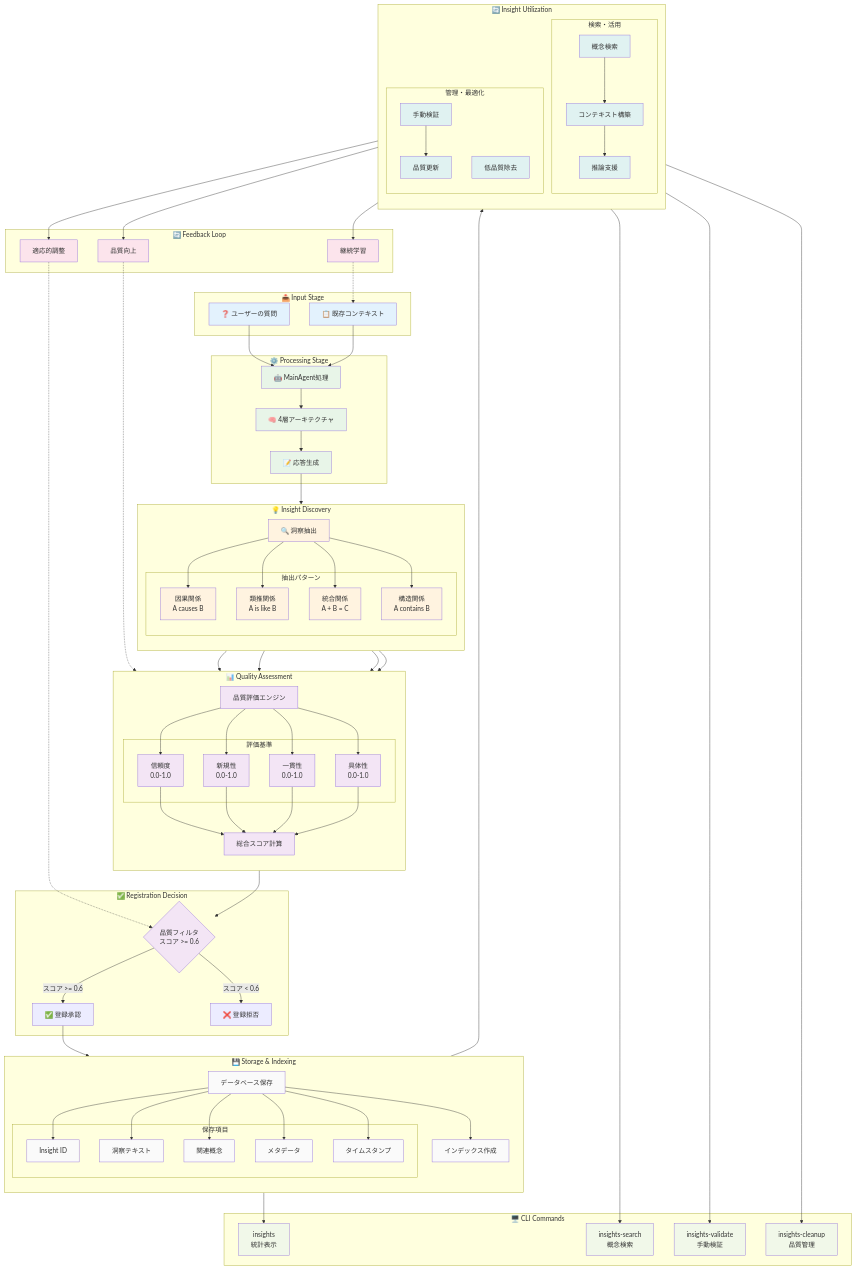
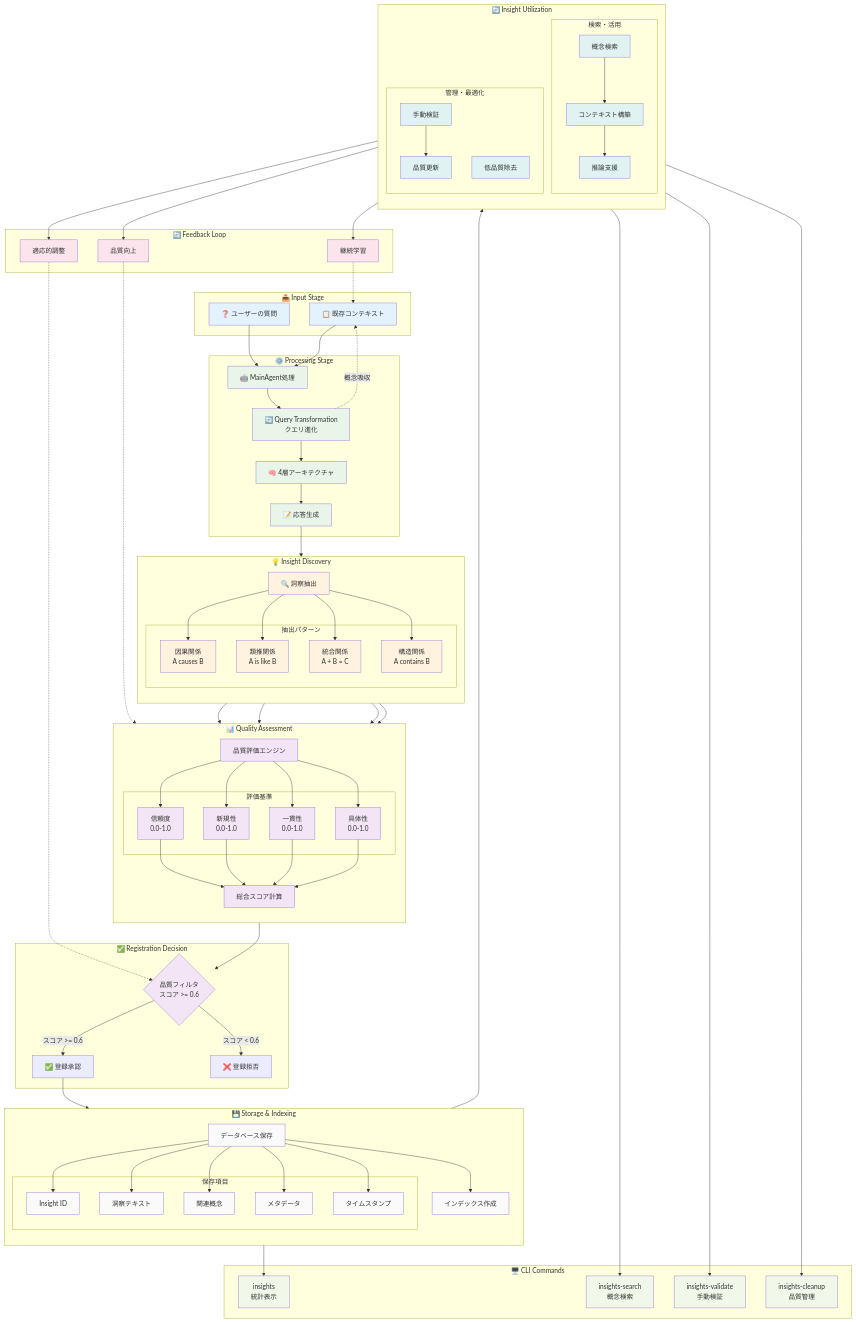
The diagram in docs/diagrams/INSIGHT_LIFECYCLE.mermaid (miyauchikazuyoshi/InsightSpike-AI), drawn with Mermaid before and after one commit. The commit also changed 4 other files, not shown here.

First line of the commit message:
docs: Update mermaid diagrams for Query Transformation architecture

```diff
--- a/docs/diagrams/INSIGHT_LIFECYCLE.mermaid
+++ b/docs/diagrams/INSIGHT_LIFECYCLE.mermaid
@@ -1,174 +1,177 @@
 %% Insight Lifecycle Flow
 %% 洞察の発見から活用までのライフサイクル
 
 flowchart TD
     %% Input Stage
     subgraph "📥 Input Stage"
         Question[❓ ユーザーの質問]
         Context[📋 既存コンテキスト]
     end
     
     %% Processing Stage
     subgraph "⚙️ Processing Stage"
         Agent[🤖 MainAgent処理]
+        QT[🔄 Query Transformation<br/>クエリ進化]
         Layers[🧠 4層アーキテクチャ]
         Response[📝 応答生成]
     end
     
     %% Insight Discovery
     subgraph "💡 Insight Discovery"
         direction TB
         Extract[🔍 洞察抽出]
         
         subgraph "抽出パターン"
             Pattern1[因果関係<br/>A causes B]
             Pattern2[類推関係<br/>A is like B]
             Pattern3[統合関係<br/>A + B = C]
             Pattern4[構造関係<br/>A contains B]
         end
         
         Extract --> Pattern1
         Extract --> Pattern2
         Extract --> Pattern3
         Extract --> Pattern4
     end
     
     %% Quality Assessment
     subgraph "📊 Quality Assessment"
         direction TB
         Evaluate[品質評価エンジン]
         
         subgraph "評価基準"
             Conf[信頼度<br/>0.0-1.0]
             Novel[新規性<br/>0.0-1.0]
             Coher[一貫性<br/>0.0-1.0]
             Spec[具体性<br/>0.0-1.0]
         end
         
         Evaluate --> Conf
         Evaluate --> Novel
         Evaluate --> Coher
         Evaluate --> Spec
         
         Score[総合スコア計算]
         Conf --> Score
         Novel --> Score
         Coher --> Score
         Spec --> Score
     end
     
     %% Registration Decision
     subgraph "✅ Registration Decision"
         Filter{品質フィルタ<br/>スコア >= 0.6}
         Accept[✅ 登録承認]
         Reject[❌ 登録拒否]
     end
     
     %% Storage & Indexing
     subgraph "💾 Storage & Indexing"
         direction TB
         Store[データベース保存]
         Index[インデックス作成]
         
         subgraph "保存項目"
             ID[Insight ID]
             Text[洞察テキスト]
             Concepts[関連概念]
             Meta[メタデータ]
             Timestamp[タイムスタンプ]
         end
         
         Store --> ID
         Store --> Text
         Store --> Concepts
         Store --> Meta
         Store --> Timestamp
     end
     
     %% Insight Utilization
     subgraph "🔄 Insight Utilization"
         direction TB
         
         subgraph "検索・活用"
             Search[概念検索]
             Context_Build[コンテキスト構築]
             Reasoning[推論支援]
         end
         
         subgraph "管理・最適化"
             Validate[手動検証]
             Update[品質更新]
             Cleanup[低品質除去]
         end
     end
     
     %% Feedback Loop
     subgraph "🔄 Feedback Loop"
         Learn[継続学習]
         Improve[品質向上]
         Adapt[適応的調整]
     end
     
     %% Flow Connections
     Question --> Agent
     Context --> Agent
-    Agent --> Layers
+    Agent --> QT
+    QT --> Layers
+    QT -.->|概念吸収| Context
     Layers --> Response
     Response --> Extract
     
     Pattern1 --> Evaluate
     Pattern2 --> Evaluate
     Pattern3 --> Evaluate
     Pattern4 --> Evaluate
     
     Score --> Filter
     Filter -->|スコア >= 0.6| Accept
     Filter -->|スコア < 0.6| Reject
     
     Accept --> Store
     Store --> Index
     Index --> Search
     
     Search --> Context_Build
     Context_Build --> Reasoning
     Reasoning --> Learn
     
     Validate --> Update
     Update --> Improve
     Cleanup --> Adapt
     
     Learn -.-> Context
     Improve -.-> Evaluate
     Adapt -.-> Filter
     
     %% CLI Commands Integration
     subgraph "🖥️ CLI Commands"
         CMD1[insights<br/>統計表示]
         CMD2[insights-search<br/>概念検索]
         CMD3[insights-validate<br/>手動検証]
         CMD4[insights-cleanup<br/>品質管理]
     end
     
     Index --> CMD1
     Search --> CMD2
     Validate --> CMD3
     Cleanup --> CMD4
     
     %% Styling
     classDef input fill:#e3f2fd
     classDef process fill:#e8f5e8
     classDef discovery fill:#fff3e0
     classDef quality fill:#f3e5f5
     classDef storage fill:#fafafa
     classDef utilization fill:#e0f2f1
     classDef feedback fill:#fce4ec
     classDef cli fill:#f1f8e9
     
     class Question,Context input
-    class Agent,Layers,Response process
+    class Agent,QT,Layers,Response process
     class Extract,Pattern1,Pattern2,Pattern3,Pattern4 discovery
     class Evaluate,Conf,Novel,Coher,Spec,Score,Filter quality
     class Store,Index,ID,Text,Concepts,Meta,Timestamp storage
     class Search,Context_Build,Reasoning,Validate,Update,Cleanup utilization
     class Learn,Improve,Adapt feedback
     class CMD1,CMD2,CMD3,CMD4 cli
```
